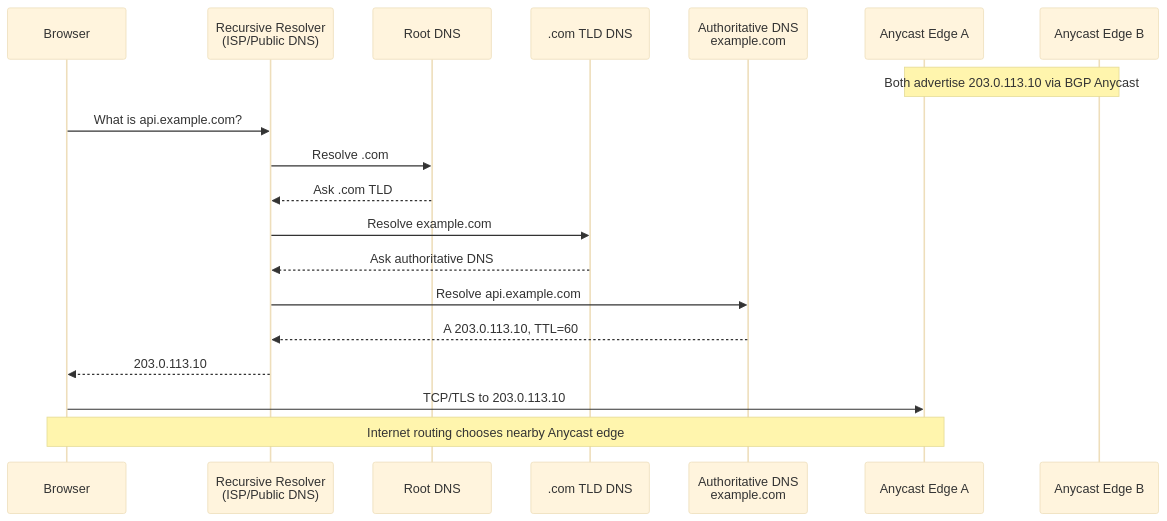
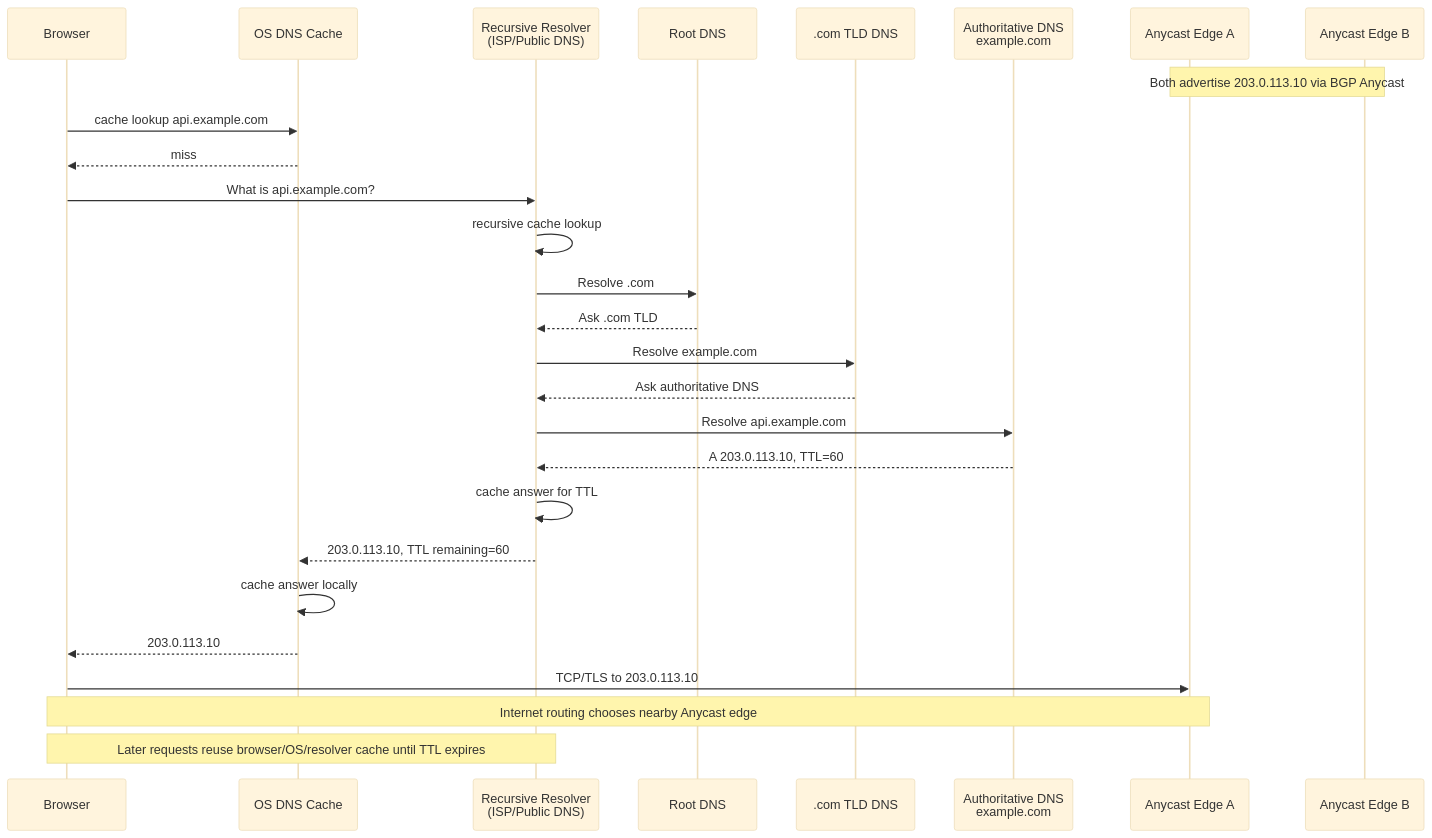
The first of 9 diagrams in modules/01-traffic-routing.md (MachariaP/system-design-academy), drawn with Mermaid (base theme) before and after one commit. The commit also changed other lines of this file, not shown here.

````diff
--- a/modules/01-traffic-routing.md
+++ b/modules/01-traffic-routing.md
@@ -46,24 +46,33 @@
 ```mermaid
 sequenceDiagram
     participant B as Browser
+    participant OS as OS DNS Cache
     participant R as Recursive Resolver<br/>(ISP/Public DNS)
     participant Root as Root DNS
     participant TLD as .com TLD DNS
     participant Auth as Authoritative DNS<br/>example.com
     participant EdgeA as Anycast Edge A
     participant EdgeB as Anycast Edge B
 
     Note over EdgeA,EdgeB: Both advertise 203.0.113.10 via BGP Anycast
 
+    B->>OS: cache lookup api.example.com
+    OS-->>B: miss
     B->>R: What is api.example.com?
+    R->>R: recursive cache lookup
     R->>Root: Resolve .com
     Root-->>R: Ask .com TLD
     R->>TLD: Resolve example.com
     TLD-->>R: Ask authoritative DNS
     R->>Auth: Resolve api.example.com
     Auth-->>R: A 203.0.113.10, TTL=60
-    R-->>B: 203.0.113.10
+    R->>R: cache answer for TTL
+    R-->>OS: 203.0.113.10, TTL remaining=60
+    OS->>OS: cache answer locally
+    OS-->>B: 203.0.113.10
 
     B->>EdgeA: TCP/TLS to 203.0.113.10
     Note over B,EdgeA: Internet routing chooses nearby Anycast edge
+
+    Note over B,R: Later requests reuse browser/OS/resolver cache until TTL expires
 ```
````
